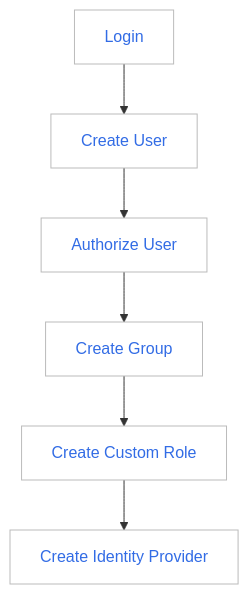
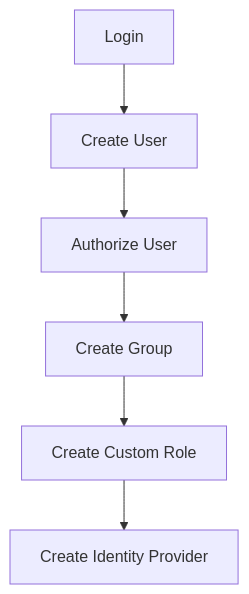
Before and after one commit to DaoCloud/DaoCloud-docs: the diagram in docs/en/docs/ghippo/user-guide/access-control/iam.md, drawn with Mermaid. The commit also changed 40 other files, not shown here.

Commit message:
remove classdef and class from mermaid blocks globally (#7555)

````diff
--- a/docs/en/docs/ghippo/user-guide/access-control/iam.md
+++ b/docs/en/docs/ghippo/user-guide/access-control/iam.md
@@ -25,21 +25,15 @@
 ```mermaid
 graph TD
     login[Login] --> user[Create User]
     user --> auth[Authorize User]
     auth --> group[Create Group]
     group --> role[Create Custom Role]
     role --> id[Create Identity Provider]
 
- classDef plain fill:#ddd,stroke:#fff,stroke-width:4px,color:#000;
- classDef k8s fill:#326ce5,stroke:#fff,stroke-width:4px,color:#fff;
- classDef cluster fill:#fff,stroke:#bbb,stroke-width:1px,color:#326ce5;
- 
- class login,user,auth,group,role,id cluster;
-
 click login "https://docs.daocloud.io/en/ghippo/install/login.html"
 click user "https://docs.daocloud.io/en/ghippo/user-guide/access-control/user.html"
 click auth "https://docs.daocloud.io/en/ghippo/user-guide/access-control/role.html"
 click group "https://docs.daocloud.io/en/ghippo/user-guide/access-control/group.html"
 click role "https://docs.daocloud.io/en/ghippo/user-guide/access-control/custom-role.html"
 click id "https://docs.daocloud.io/en/ghippo/user-guide/access-control/idprovider.html"
 ```
````
